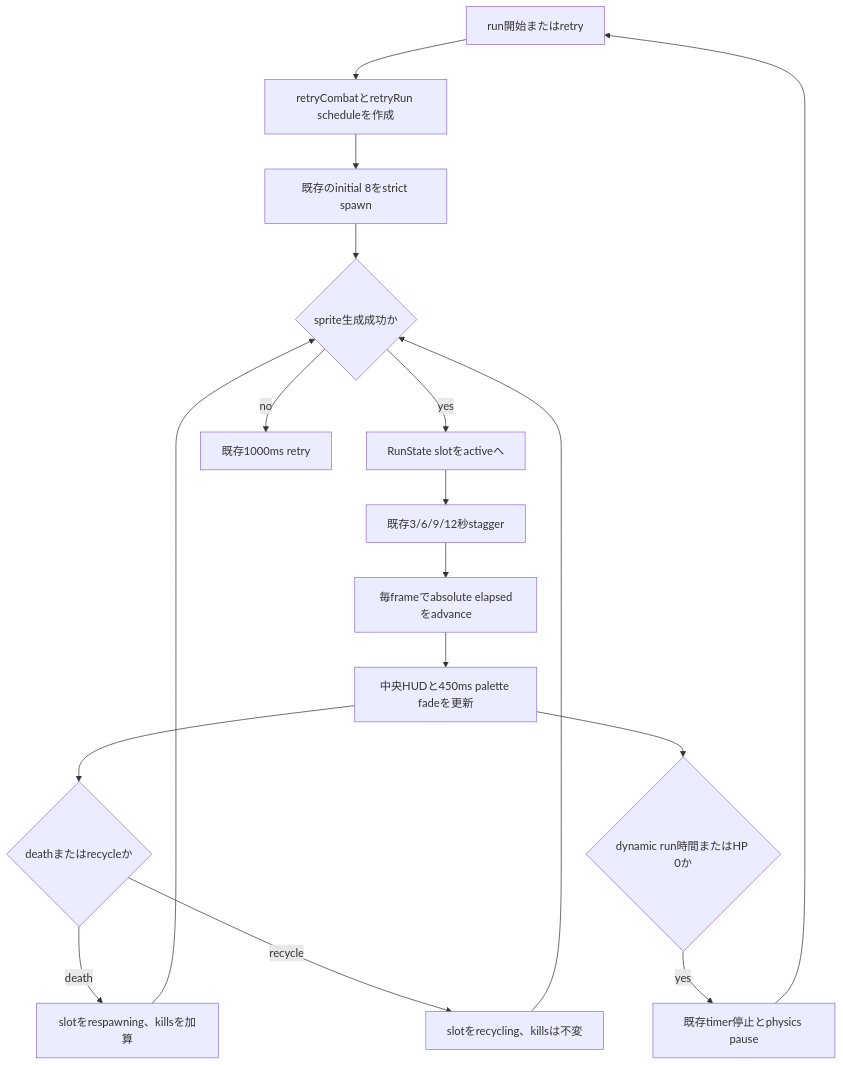
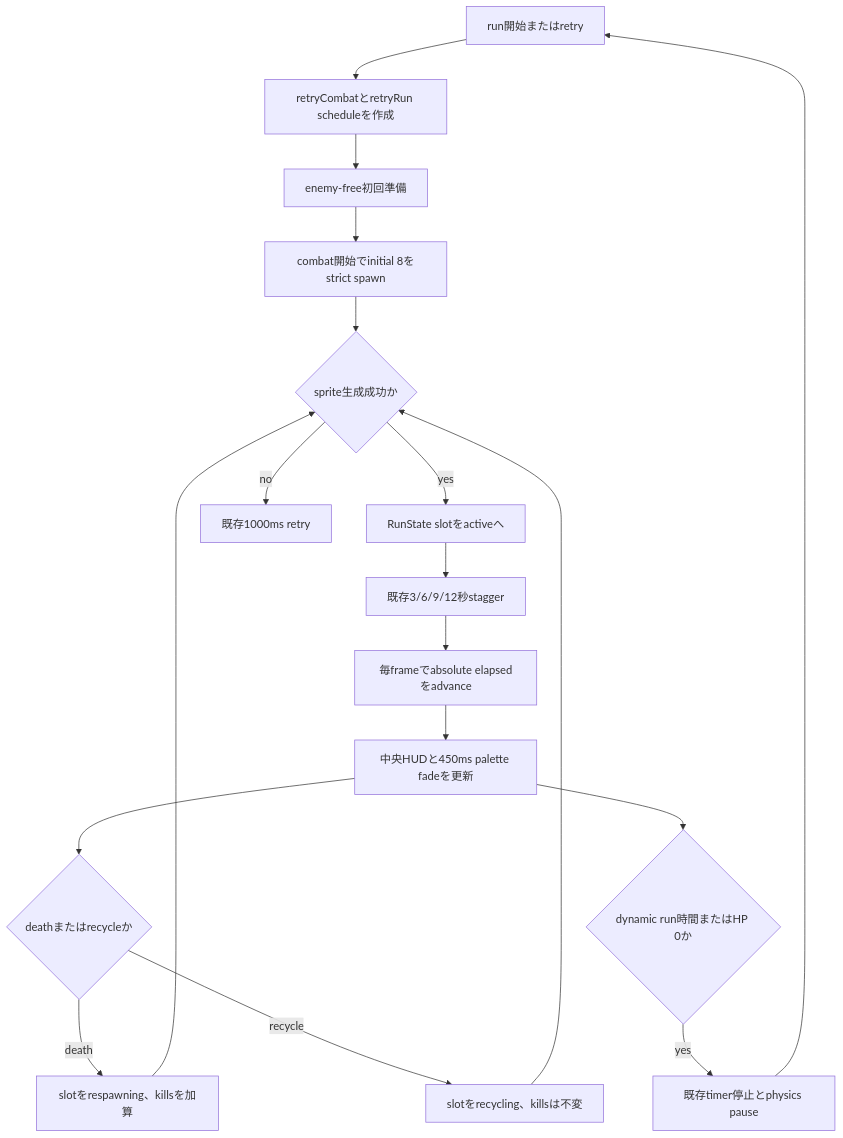
The diagram in docs/40_design/basic/wave-progression-v1.md (WFrog2511/2d-coop-survival), drawn with Mermaid before and after one commit. The commit also changed other lines of this file and 30 other files, not shown here.

```diff
--- a/docs/40_design/basic/wave-progression-v1.md
+++ b/docs/40_design/basic/wave-progression-v1.md
@@ -28,19 +28,20 @@
 ~~~mermaid
 flowchart TD
   reset[run開始またはretry] --> state[retryCombatとretryRun scheduleを作成]
-  state --> initial[既存のinitial 8をstrict spawn]
+  state --> preparation[enemy-free初回準備]
+  preparation --> initial[combat開始でinitial 8をstrict spawn]
   initial --> spawnSuccess{sprite生成成功か}
   spawnSuccess -->|yes| active[RunState slotをactiveへ]
   spawnSuccess -->|no| retrySpawn[既存1000ms retry]
   active --> stagger[既存3/6/9/12秒stagger]
   stagger --> time[毎frameでabsolute elapsedをadvance]
   time --> phase[中央HUDと450ms palette fadeを更新]
   phase --> event{deathまたはrecycleか}
   event -->|death| respawning[slotをrespawning、killsを加算]
   event -->|recycle| recycling[slotをrecycling、killsは不変]
   respawning --> spawnSuccess
   recycling --> spawnSuccess
   phase --> terminal{dynamic run時間またはHP 0か}
   terminal -->|yes| stop[既存timer停止とphysics pause]
   stop --> reset
 ~~~
```
